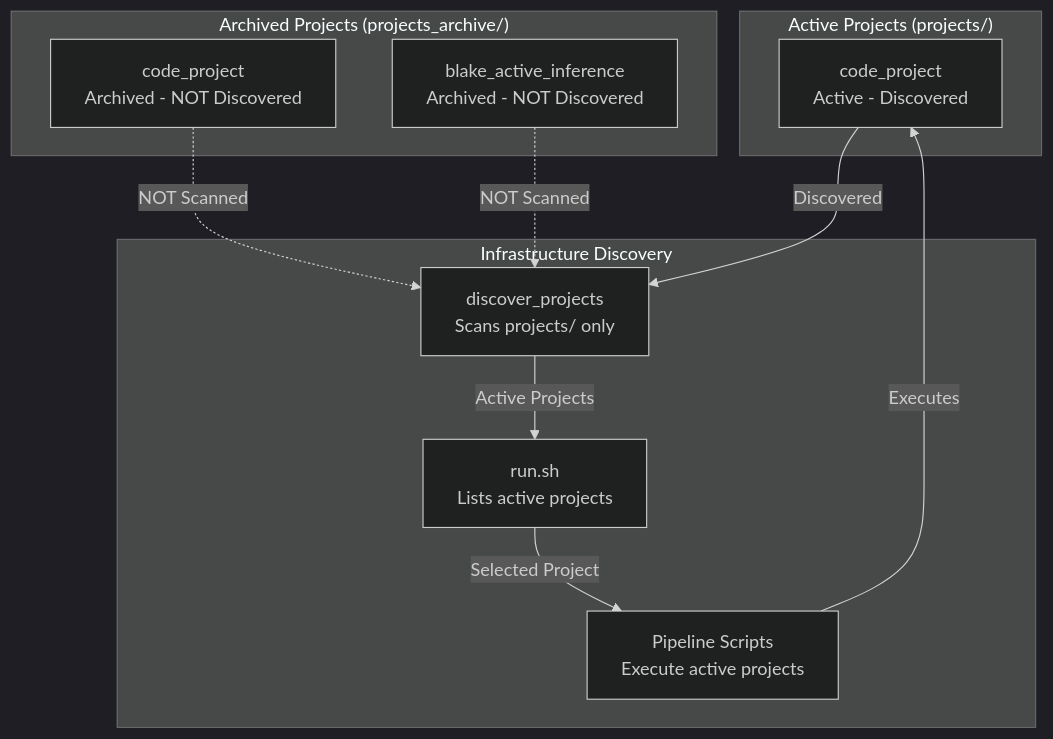
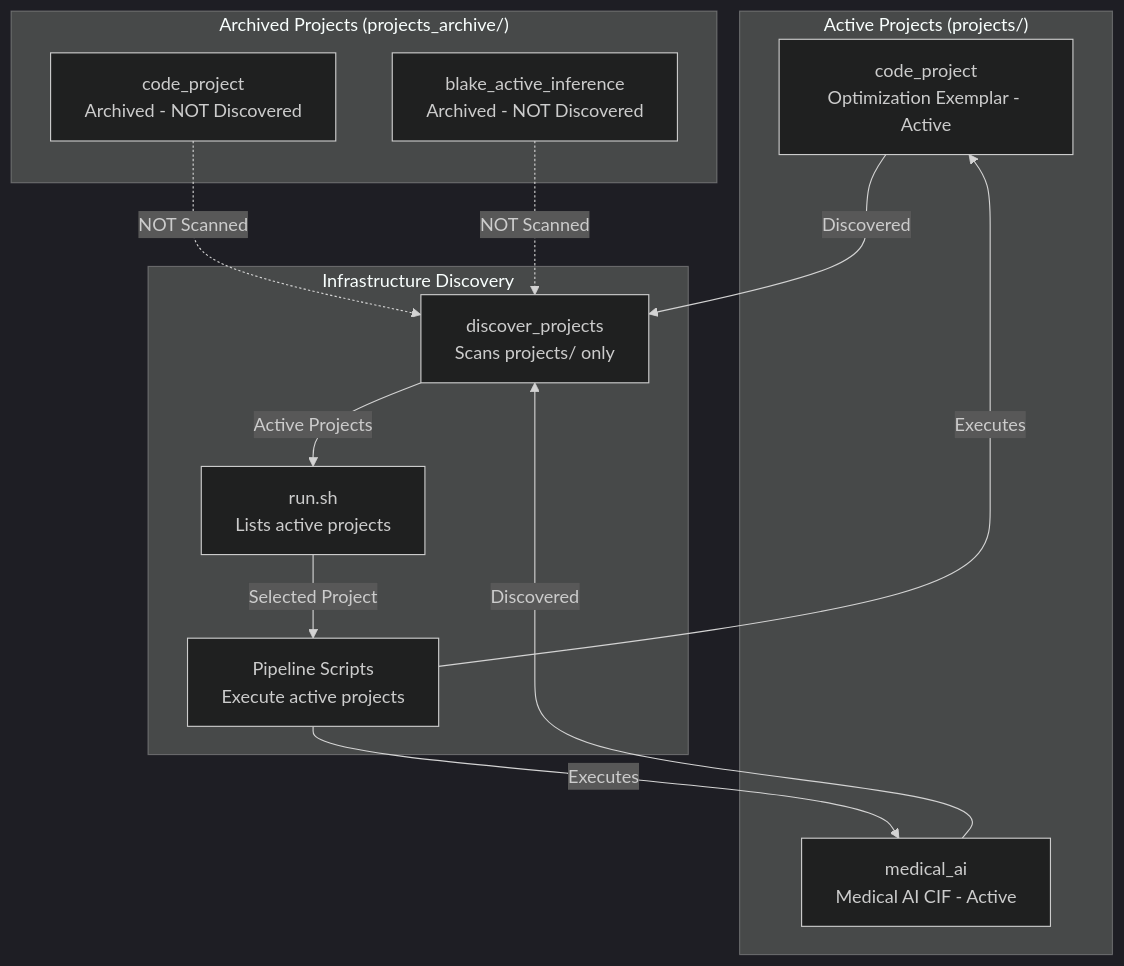
The diagram in projects/AGENTS.md (docxology/template), drawn with Mermaid (dark theme) before and after one commit. The commit also changed other lines of this file and 46 other files, not shown here.

````diff
--- a/projects/AGENTS.md
+++ b/projects/AGENTS.md
@@ -61,25 +61,28 @@
 ```mermaid
 graph TD
     subgraph Active["Active Projects (projects/)"]
-        P1[code_project<br/>Active - Discovered]
+        P1[code_project<br/>Optimization Exemplar - Active]
+        P2[medical_ai<br/>Medical AI CIF - Active]
     end
 
     subgraph Archive["Archived Projects (projects_archive/)"]
         A1[code_project<br/>Archived - NOT Discovered]
         A2[blake_active_inference<br/>Archived - NOT Discovered]
     end
 
     subgraph Infrastructure["Infrastructure Discovery"]
         DISCOVER[discover_projects<br/>Scans projects/ only]
         RUNSH[run.sh<br/>Lists active projects]
         PIPELINE[Pipeline Scripts<br/>Execute active projects]
     end
 
     P1 -->|Discovered| DISCOVER
+    P2 -->|Discovered| DISCOVER
     A1 -.->|NOT Scanned| DISCOVER
     A2 -.->|NOT Scanned| DISCOVER
 
     DISCOVER -->|Active Projects| RUNSH
     RUNSH -->|Selected Project| PIPELINE
     PIPELINE -->|Executes| P1
+    PIPELINE -->|Executes| P2
 ```
````
